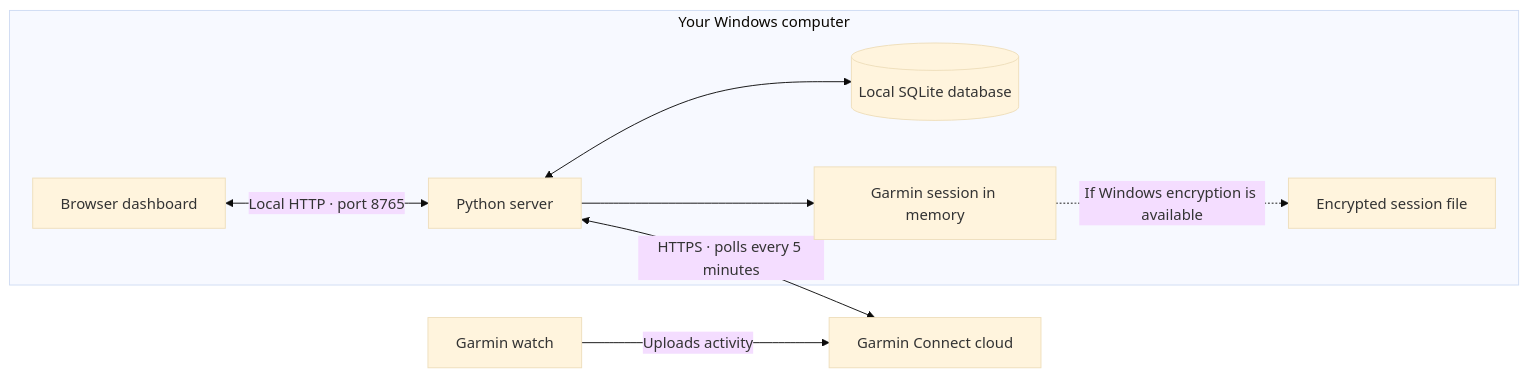
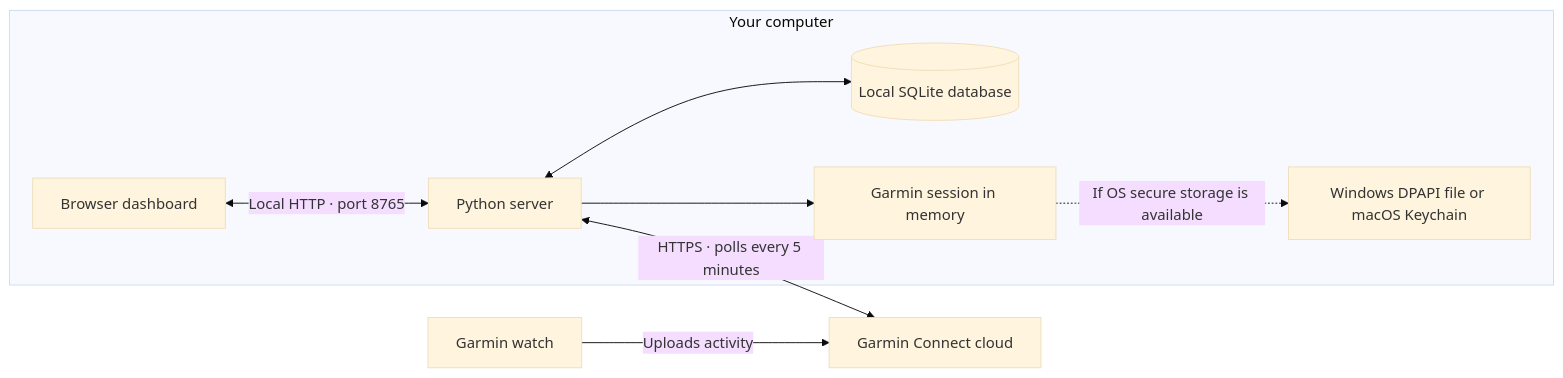
The diagram in pace/README.md (sandythomas1/pace), drawn with Mermaid (base theme) before and after one commit. The commit also changed other lines of this file and 7 other files, not shown here.

````diff
--- a/pace/README.md
+++ b/pace/README.md
@@ -29,11 +29,11 @@
 ```mermaid
 flowchart LR
     Watch[Garmin watch] -->|Uploads activity| Garmin[Garmin Connect cloud]
-    subgraph PC[Your Windows computer]
+    subgraph PC[Your computer]
         Browser[Browser dashboard] <-->|Local HTTP · port 8765| Python[Python server]
         Python <--> SQLite[(Local SQLite database)]
         Python --> Session[Garmin session in memory]
-        Session -. If Windows encryption is available .-> Encrypted[Encrypted session file]
+        Session -. If OS secure storage is available .-> Encrypted[Windows DPAPI file or macOS Keychain]
     end
     Python <-->|HTTPS · polls every 5 minutes| Garmin
 ```
````
